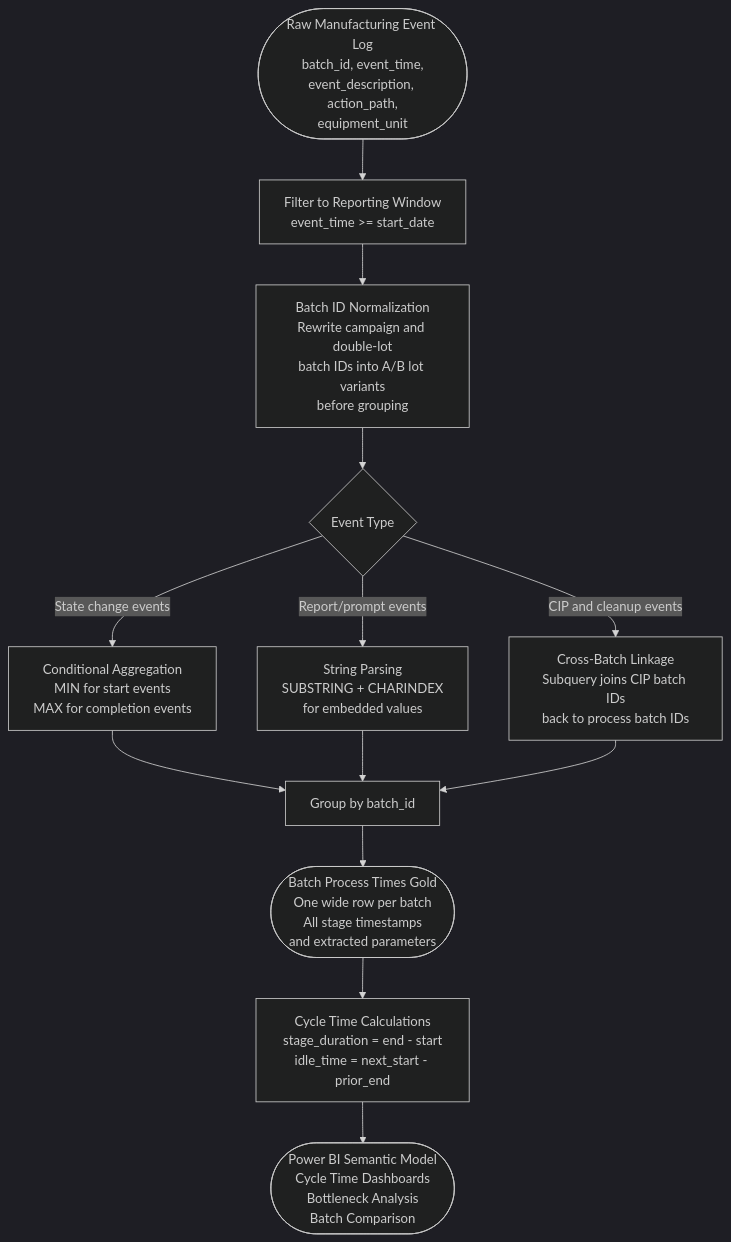
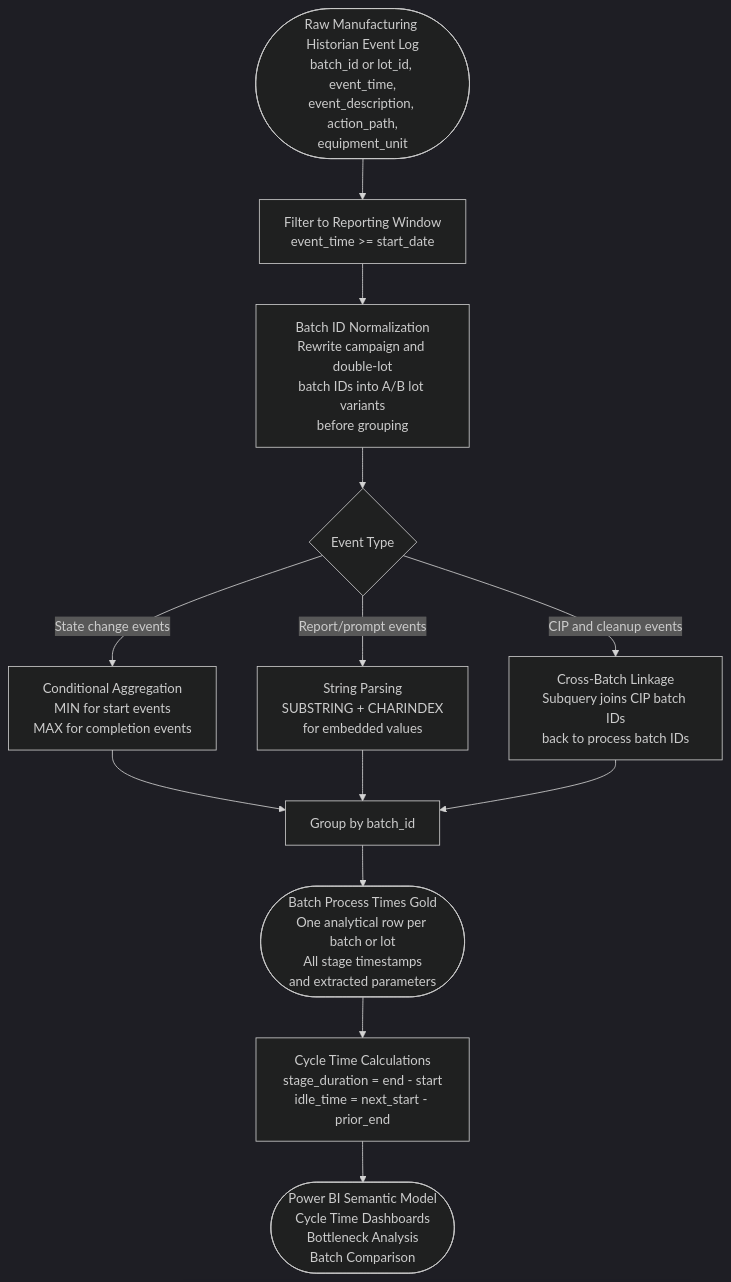
The first of 4 diagrams in manufacturing-process-event-modeling/diagrams/pipeline_flow.md (tylerv11/data-engineering-pipelines), drawn with Mermaid (dark theme) before and after one commit. The commit also changed other lines of this file and 6 other files, not shown here.

Commit message:
Clarify portfolio data architecture documentation

````diff
--- a/manufacturing-process-event-modeling/diagrams/pipeline_flow.md
+++ b/manufacturing-process-event-modeling/diagrams/pipeline_flow.md
@@ -9,21 +11,21 @@
 ```mermaid
 flowchart TD
-    A([Raw Manufacturing Event Log\nbatch_id, event_time,\nevent_description, action_path,\nequipment_unit]) --> B[Filter to Reporting Window\nevent_time >= start_date]
+    A([Raw Manufacturing Historian Event Log\nbatch_id or lot_id, event_time,\nevent_description, action_path,\nequipment_unit]) --> B[Filter to Reporting Window\nevent_time >= start_date]
 
     B --> C[Batch ID Normalization\nRewrite campaign and double-lot\nbatch IDs into A/B lot variants\nbefore grouping]
 
     C --> D{Event Type}
 
     D -- State change events --> E[Conditional Aggregation\nMIN for start events\nMAX for completion events]
     D -- Report/prompt events --> F[String Parsing\nSUBSTRING + CHARINDEX\nfor embedded values]
     D -- CIP and cleanup events --> G[Cross-Batch Linkage\nSubquery joins CIP batch IDs\nback to process batch IDs]
 
     E --> H[Group by batch_id]
     F --> H
     G --> H
 
-    H --> I([Batch Process Times Gold\nOne wide row per batch\nAll stage timestamps\nand extracted parameters])
+    H --> I([Batch Process Times Gold\nOne analytical row per batch or lot\nAll stage timestamps\nand extracted parameters])
 
     I --> J[Cycle Time Calculations\nstage_duration = end - start\nidle_time = next_start - prior_end]
     J --> K([Power BI Semantic Model\nCycle Time Dashboards\nBottleneck Analysis\nBatch Comparison])
 ```
````
